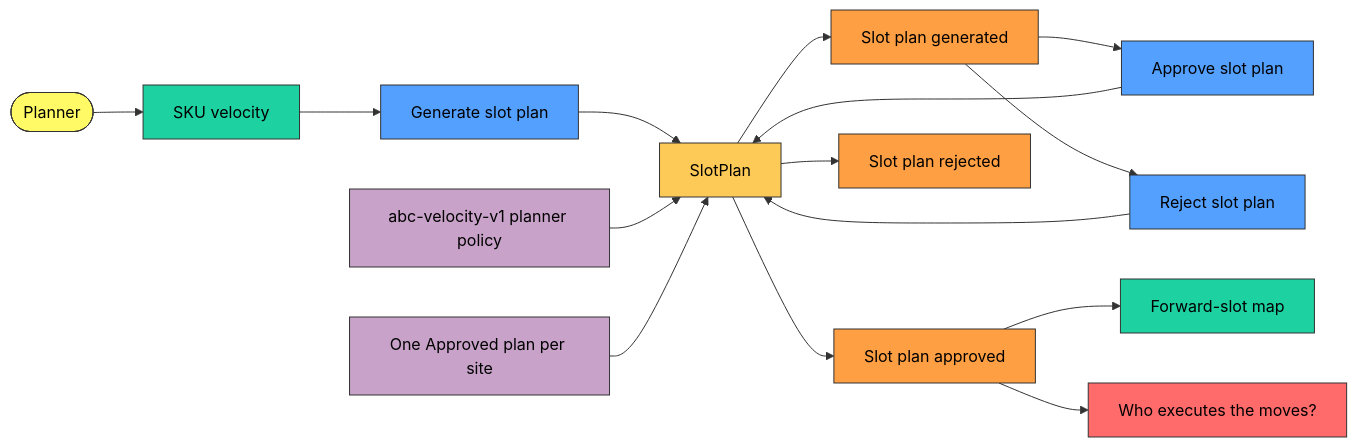
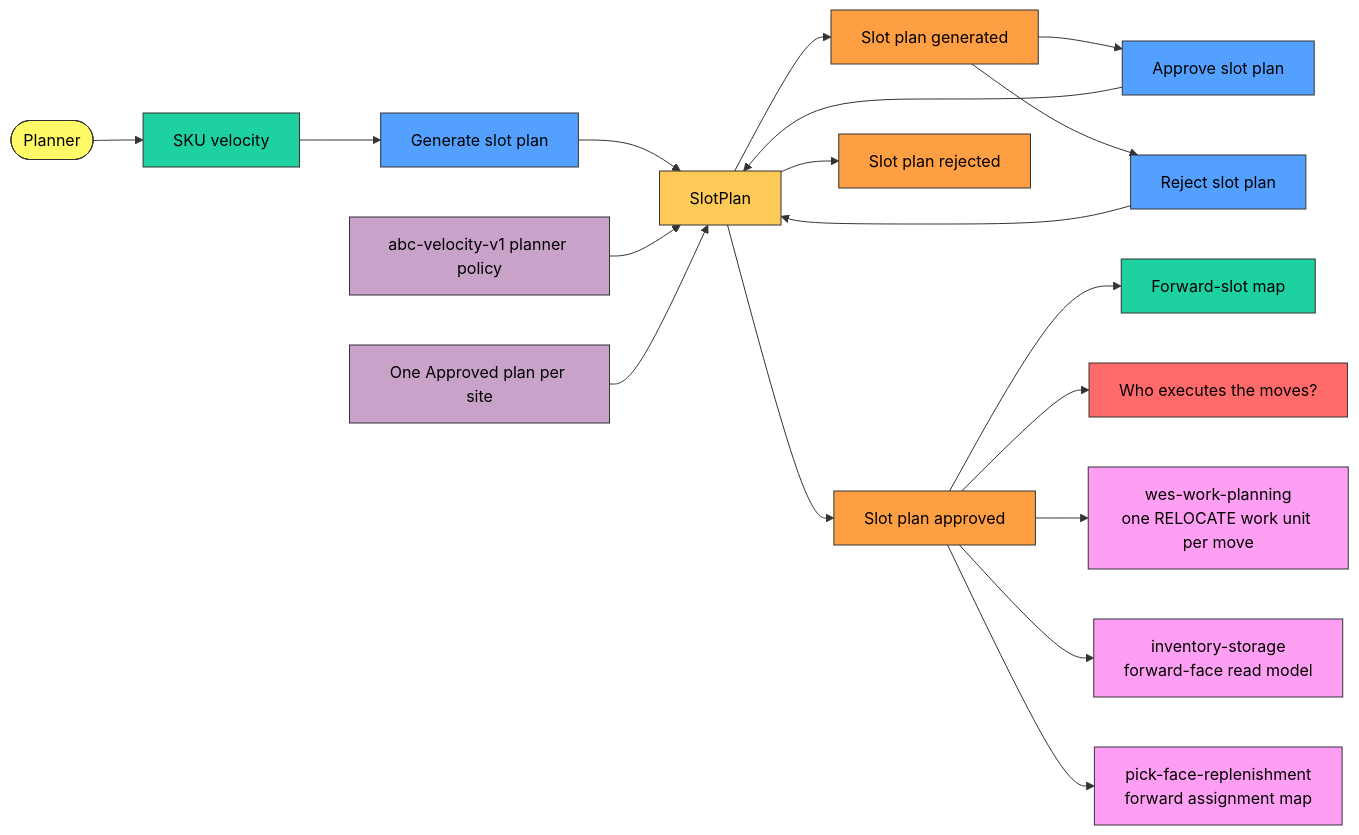
One commit to IQVO/slotting-optimization changed the first of 2 diagrams in docs/docs/ddd/eventstorming.md. Above: the diagram before and after it, drawn with Mermaid. The commit also changed other lines of this file and 16 other files, not shown here.

````diff
--- a/docs/docs/ddd/eventstorming.md
+++ b/docs/docs/ddd/eventstorming.md
@@ -19,35 +19,41 @@
 ```mermaid
 flowchart LR
     classDef event fill:#ff9f43,stroke:#333,color:#000
     classDef command fill:#54a0ff,stroke:#333,color:#000
     classDef aggregate fill:#feca57,stroke:#333,color:#000
     classDef policy fill:#c8a2c8,stroke:#333,color:#000
     classDef readmodel fill:#1dd1a1,stroke:#333,color:#000
     classDef external fill:#ff9ff3,stroke:#333,color:#000
     classDef actor fill:#fffa65,stroke:#333,color:#000
     classDef hotspot fill:#ff6b6b,stroke:#333,color:#000
 
     planner(["Planner"]):::actor
     vel["SKU velocity"]:::readmodel
     gen["Generate slot plan"]:::command
     agg["SlotPlan"]:::aggregate
     pol["abc-velocity-v1 planner policy"]:::policy
     generated["Slot plan generated"]:::event
     approve["Approve slot plan"]:::command
     reject["Reject slot plan"]:::command
     sup["One Approved plan per site"]:::policy
     approved["Slot plan approved"]:::event
     rejected["Slot plan rejected"]:::event
     fwd["Forward-slot map"]:::readmodel
     hs1["Who executes the moves?"]:::hotspot
+    wwp["wes-work-planning<br/>one RELOCATE work unit per move"]:::external
+    ist["inventory-storage<br/>forward-face read model"]:::external
+    pfr["pick-face-replenishment<br/>forward assignment map"]:::external
 
     planner --> vel --> gen --> agg
     pol --> agg
     agg --> generated
     generated --> approve --> agg
     generated --> reject --> agg
     sup --> agg
     agg --> approved --> fwd
     agg --> rejected
     approved --> hs1
+    approved --> wwp
+    approved --> ist
+    approved --> pfr
 ```
````
